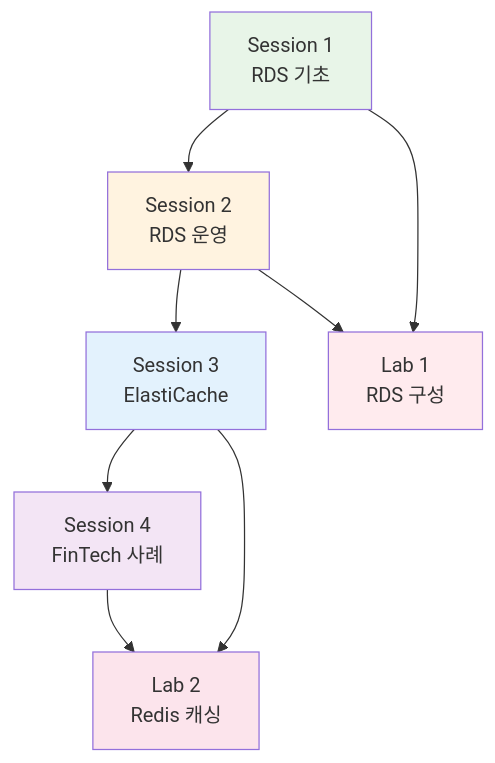
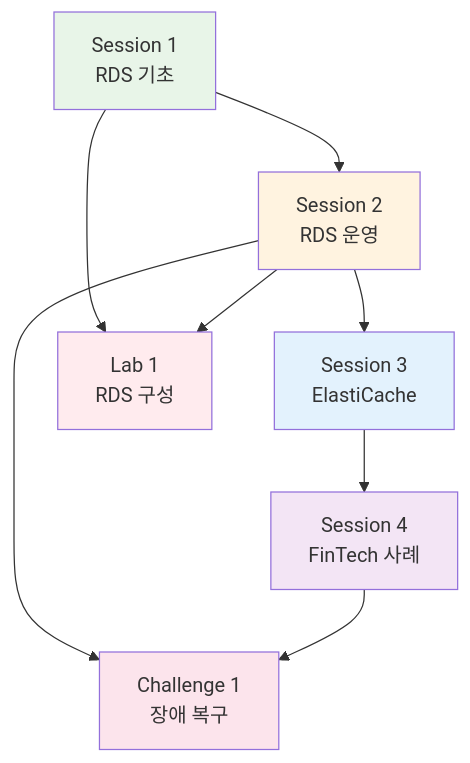
Before and after one commit to niceguy61/kdt_devops_lecture_2025: the second of 11 diagrams in theory/week_05/day3/README.md, drawn with Mermaid. The commit also changed other lines of this file, not shown here.

````diff
--- a/theory/week_05/day3/README.md
+++ b/theory/week_05/day3/README.md
@@ -96,18 +96,18 @@
 ```mermaid
 graph TB
     S1[Session 1<br/>RDS 기초] --> S2[Session 2<br/>RDS 운영]
     S2 --> S3[Session 3<br/>ElastiCache]
     S3 --> S4[Session 4<br/>FinTech 사례]
     
     S1 --> L1[Lab 1<br/>RDS 구성]
     S2 --> L1
-    S3 --> L2[Lab 2<br/>Redis 캐싱]
-    S4 --> L2
+    S2 --> C1[Challenge 1<br/>장애 복구]
+    S4 --> C1
     
     style S1 fill:#e8f5e8
     style S2 fill:#fff3e0
     style S3 fill:#e3f2fd
     style S4 fill:#f3e5f5
     style L1 fill:#ffebee
-    style L2 fill:#fce4ec
+    style C1 fill:#fce4ec
 ```
````
